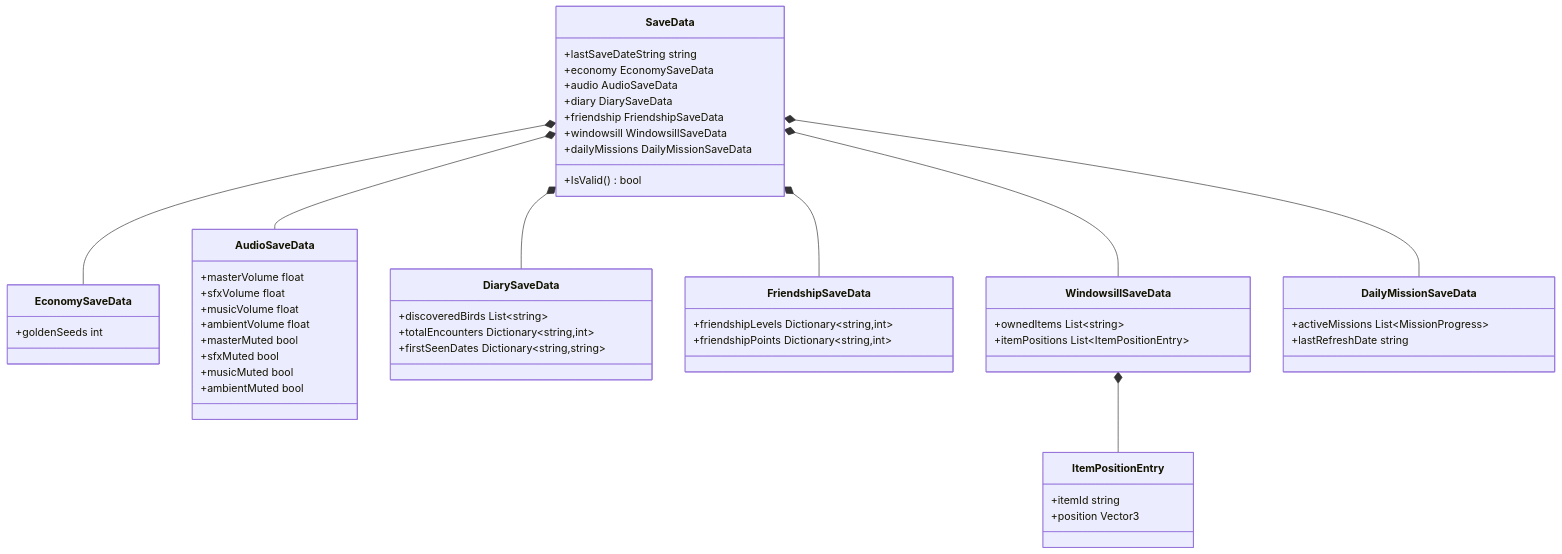
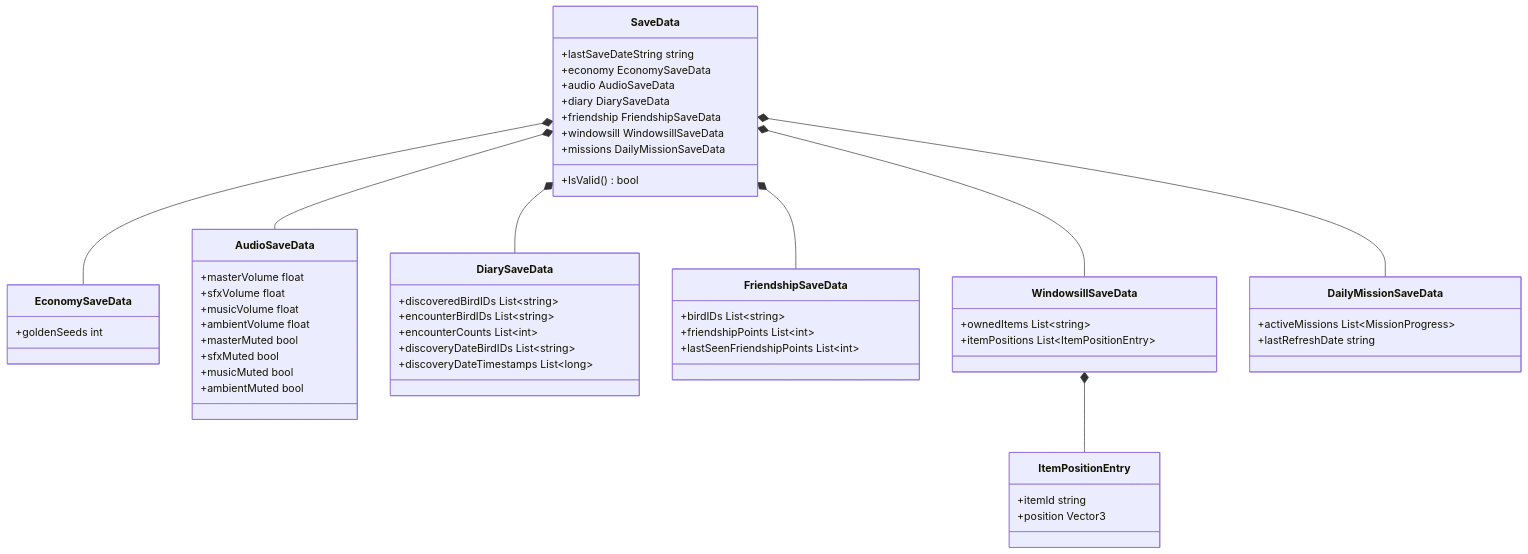
Before and after one commit to kitoss1/Birdie: the ninth of 14 diagrams in docs/product/architecture.md, drawn with Mermaid. The commit also changed other lines of this file and 3 other files, not shown here.

````diff
--- a/docs/product/architecture.md
+++ b/docs/product/architecture.md
@@ -415,62 +435,65 @@
 ```mermaid
 classDiagram
     class SaveData {
         +lastSaveDateString string
         +IsValid() bool
         +economy EconomySaveData
         +audio AudioSaveData
         +diary DiarySaveData
         +friendship FriendshipSaveData
         +windowsill WindowsillSaveData
-        +dailyMissions DailyMissionSaveData
+        +missions DailyMissionSaveData
     }
 
     class EconomySaveData {
         +goldenSeeds int
     }
 
     class AudioSaveData {
         +masterVolume float
         +sfxVolume float
         +musicVolume float
         +ambientVolume float
         +masterMuted bool
         +sfxMuted bool
         +musicMuted bool
         +ambientMuted bool
     }
 
     class DiarySaveData {
-        +discoveredBirds List~string~
-        +totalEncounters Dictionary~string,int~
-        +firstSeenDates Dictionary~string,string~
+        +discoveredBirdIDs List~string~
+        +encounterBirdIDs List~string~
+        +encounterCounts List~int~
+        +discoveryDateBirdIDs List~string~
+        +discoveryDateTimestamps List~long~
     }
 
     class FriendshipSaveData {
-        +friendshipLevels Dictionary~string,int~
-        +friendshipPoints Dictionary~string,int~
+        +birdIDs List~string~
+        +friendshipPoints List~int~
+        +lastSeenFriendshipPoints List~int~
     }
 
     class WindowsillSaveData {
         +ownedItems List~string~
         +itemPositions List~ItemPositionEntry~
     }
 
     class DailyMissionSaveData {
         +activeMissions List~MissionProgress~
         +lastRefreshDate string
     }
 
     class ItemPositionEntry {
         +itemId string
         +position Vector3
     }
 
     SaveData *-- EconomySaveData
     SaveData *-- AudioSaveData
     SaveData *-- DiarySaveData
     SaveData *-- FriendshipSaveData
     SaveData *-- WindowsillSaveData
     SaveData *-- DailyMissionSaveData
     WindowsillSaveData *-- ItemPositionEntry
 ```
````
